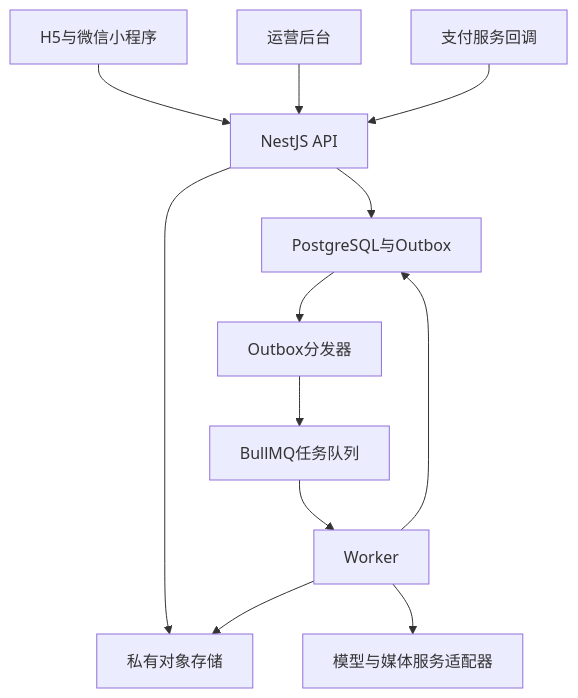
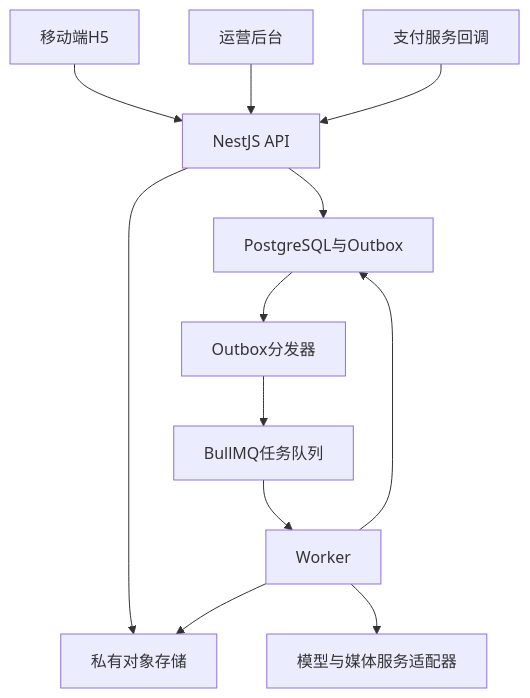
Before and after one commit to foxigaoqian/yinghuo: the diagram in docs/03-backend-architecture.md, drawn with Mermaid. The commit also changed other lines of this file, not shown here.

Commit message:
docs: define H5 payment adapter architecture

````diff
--- a/docs/03-backend-architecture.md
+++ b/docs/03-backend-architecture.md
@@ -7,14 +7,14 @@
 ```mermaid
 flowchart TD
-  H[H5与微信小程序] --> API[NestJS API]
+  H[移动端H5] --> API[NestJS API]
   A[运营后台] --> API
   API --> DB[PostgreSQL与Outbox]
   API --> O[私有对象存储]
   DB --> D[Outbox分发器]
   D --> Q[BullMQ任务队列]
   Q --> W[Worker]
   W --> DB
   W --> O
   W --> M[模型与媒体服务适配器]
   P[支付服务回调] --> API
 ```
````
